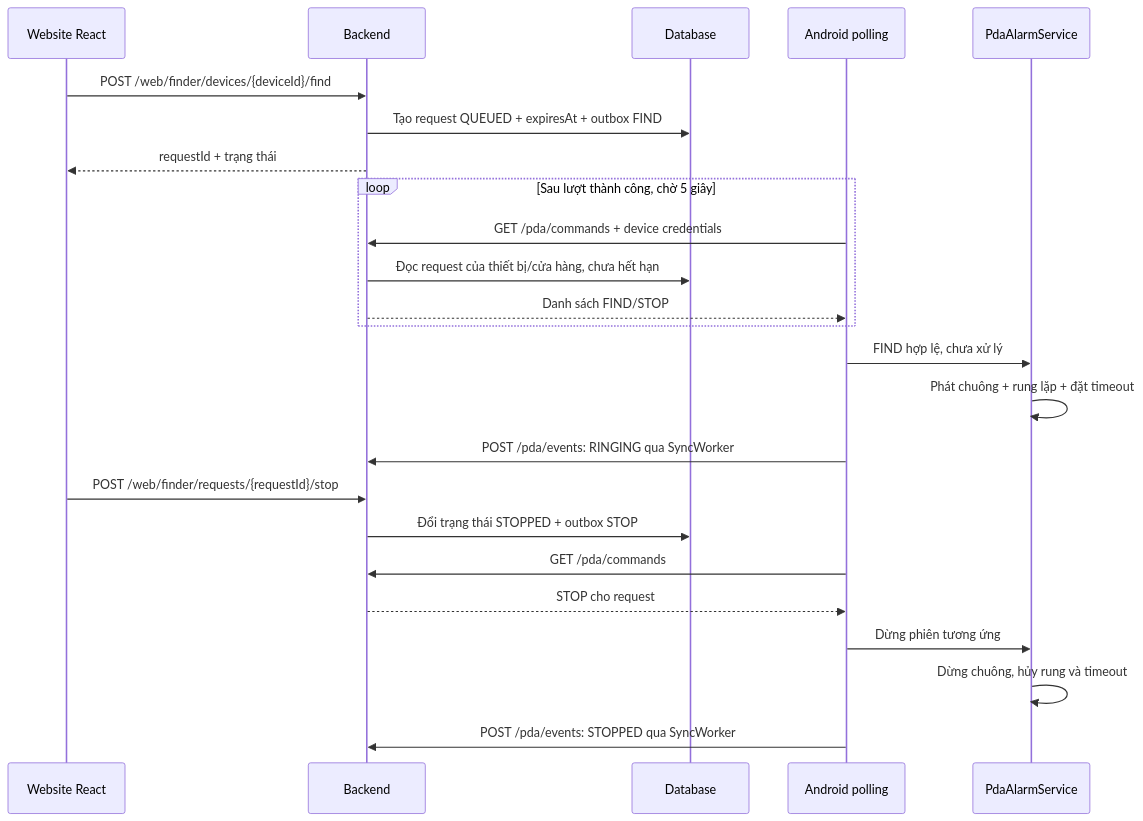
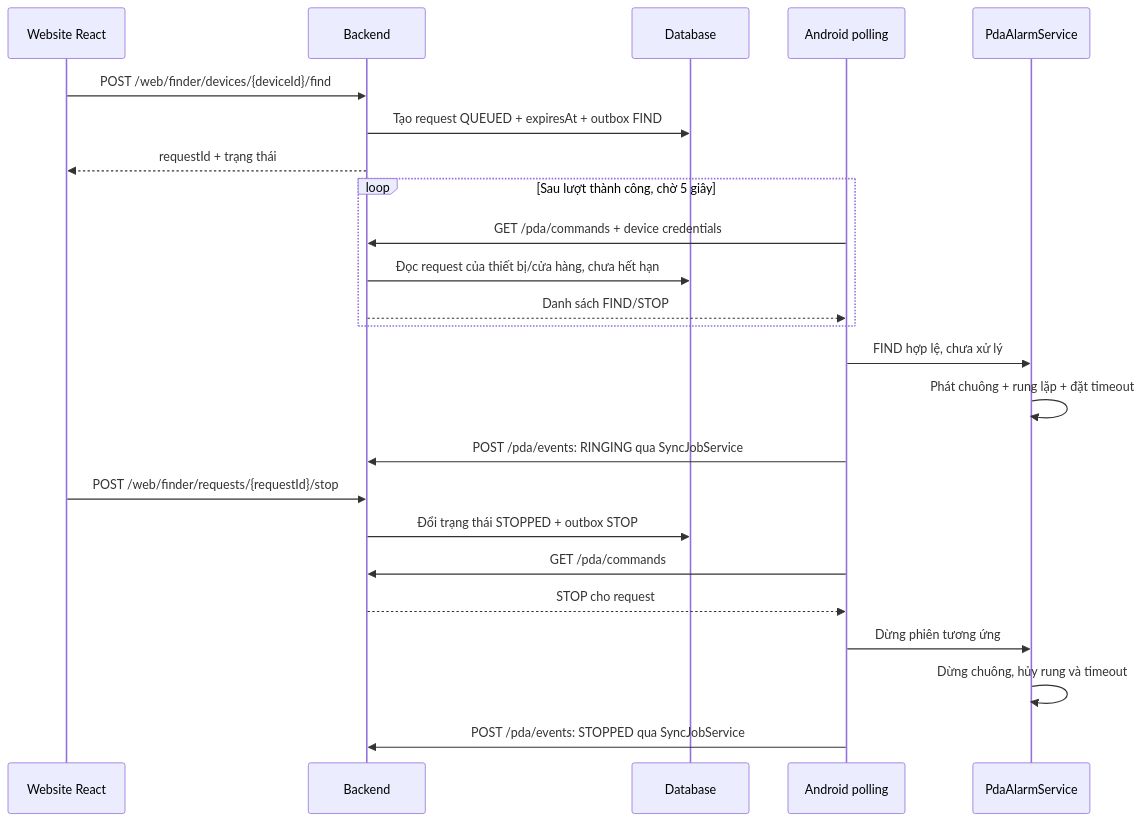
One commit to ThienDuc1112/spa_device changed the diagram in docs/26-polling-to-pda-alarm-guide.md. Above: the diagram before and after it, drawn with Mermaid. The commit also changed other lines of this file and 84 other files, not shown here.

Commit message:
Refactor PDA API calls and session authentication; convert schema scripts to Oracle

````diff
--- a/docs/26-polling-to-pda-alarm-guide.md
+++ b/docs/26-polling-to-pda-alarm-guide.md
@@ -29,26 +29,26 @@
 ```mermaid
 sequenceDiagram
     participant Web as Website React
     participant API as Backend
     participant DB as Database
     participant PDA as Android polling
     participant Alarm as PdaAlarmService
     Web->>API: POST /web/finder/devices/{deviceId}/find
     API->>DB: Tạo request QUEUED + expiresAt + outbox FIND
     API-->>Web: requestId + trạng thái
     loop Sau lượt thành công, chờ 5 giây
         PDA->>API: GET /pda/commands + device credentials
         API->>DB: Đọc request của thiết bị/cửa hàng, chưa hết hạn
         API-->>PDA: Danh sách FIND/STOP
     end
     PDA->>Alarm: FIND hợp lệ, chưa xử lý
     Alarm->>Alarm: Phát chuông + rung lặp + đặt timeout
-    PDA->>API: POST /pda/events: RINGING qua SyncWorker
+    PDA->>API: POST /pda/events: RINGING qua SyncJobService
     Web->>API: POST /web/finder/requests/{requestId}/stop
     API->>DB: Đổi trạng thái STOPPED + outbox STOP
     PDA->>API: GET /pda/commands
     API-->>PDA: STOP cho request
     PDA->>Alarm: Dừng phiên tương ứng
     Alarm->>Alarm: Dừng chuông, hủy rung và timeout
-    PDA->>API: POST /pda/events: STOPPED qua SyncWorker
+    PDA->>API: POST /pda/events: STOPPED qua SyncJobService
 ```
````
